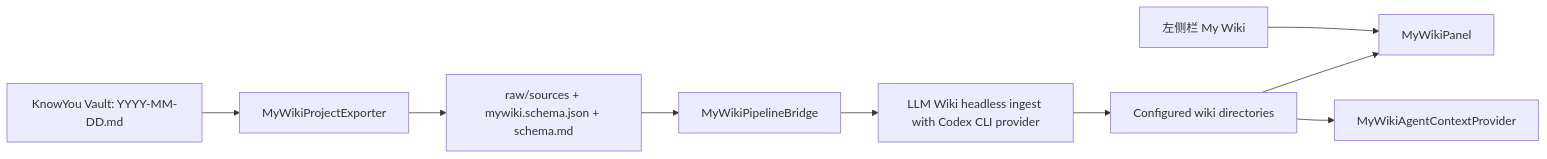
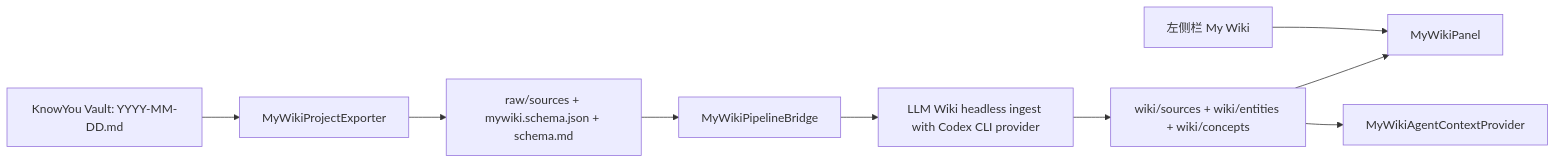
One commit to gift-is-coding/know-you-open-source changed the third of 3 diagrams in docs/architecture.md. Above: the diagram before and after it, drawn with Mermaid. The commit also changed other lines of this file and 5 other files, not shown here.

Commit message:
fix: complete native my wiki schema migration

````diff
--- a/docs/architecture.md
+++ b/docs/architecture.md
@@ -662,11 +662,11 @@
 ```mermaid
 flowchart LR
     A["KnowYou Vault: YYYY-MM-DD.md"] --> B["MyWikiProjectExporter"]
     B --> C["raw/sources + mywiki.schema.json + schema.md"]
     C --> D["MyWikiPipelineBridge"]
     D --> E["LLM Wiki headless ingest with Codex CLI provider"]
-    E --> F["Configured wiki directories"]
+    E --> F["wiki/sources + wiki/entities + wiki/concepts"]
     F --> G["MyWikiPanel"]
     F --> H["MyWikiAgentContextProvider"]
     I["左侧栏 My Wiki"] --> G
 ```
````
